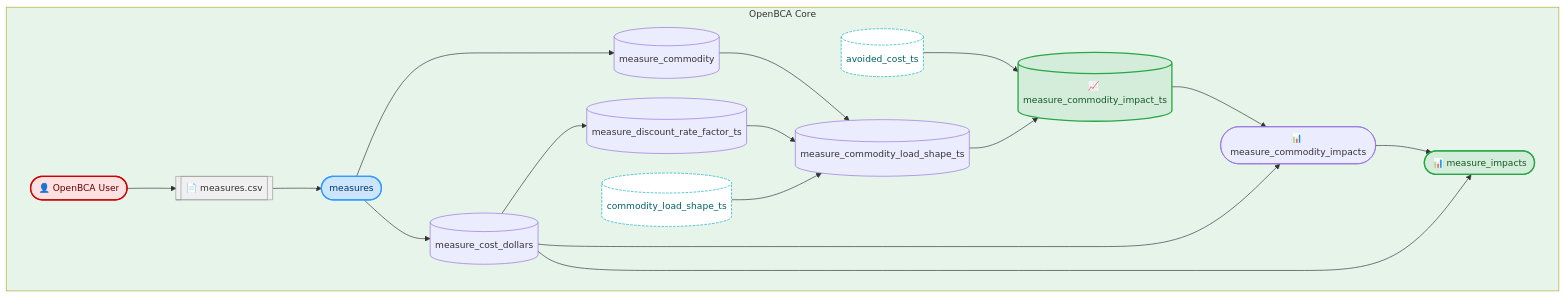
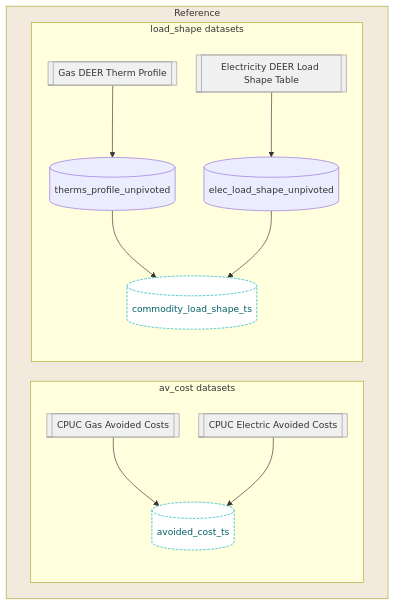
One commit to openbca/openbca changed the second of 6 diagrams in README.md. Above: the diagram before and after it, drawn with Mermaid. The commit also changed other lines of this file and 4 other files, not shown here.

````diff
--- a/README.md
+++ b/README.md
@@ -66,47 +137,38 @@
 ```mermaid
 %%{ init: { "theme": "default", "themeVariables": { "fontSize": "14px" }, "flowchart": { "nodeSpacing": 30, "curve": "basis" } } }%%
 flowchart TD
 
-    %% === OpenBCA Subgraph ===
-    subgraph OpenBCA ["OpenBCA Core"]
-        style OpenBCA fill:#e6f4ea
+    %% === CALIFORNIA Subgraph ===
+    subgraph CALIFORNIA ["Reference"]
+        style CALIFORNIA fill:#F3E9DC
 
-        user(["👤 OpenBCA User"]):::user
-        measure_csv[[📄 measures.csv]]:::fileref
-        measures(["measures"]):::input
+        subgraph CALI_VS ["av_cost datasets"]
+            cal_gas_av_costs[["CPUC Gas Avoided Costs"]]:::fileref
+            cal_elec_av_costs[["CPUC Electric Avoided Costs"]]:::fileref
+            cal_avoided_cost_ts[(avoided_cost_ts)]:::interface
 
-        measure_cost_dollars[(measure_cost_dollars)]:::intermediate
-        measure_discount_rate_factor_ts[(measure_discount_rate_factor_ts)]:::intermediate
-        measure_commodity[(measure_commodity)]:::intermediate
-        measure_commodity_load_shape_ts[(measure_commodity_load_shape_ts)]:::intermediate
-        measure_commodity_impact_ts[(📈 measure_commodity_impact_ts)]:::output
-        measure_commodity_impacts(["📊 measure_commodity_impacts"]):::intermediate
-        measure_impacts(["📊 measure_impacts"]):::output
-        
-        avoided_cost_ts[(avoided_cost_ts)]:::interface
-        commodity_load_shape_ts[(commodity_load_shape_ts)]:::interface
+            cal_gas_av_costs --> cal_avoided_cost_ts
+            cal_elec_av_costs --> cal_avoided_cost_ts
+        end
 
-        user --> measure_csv --> measures
-        measures --> measure_cost_dollars
-        measure_cost_dollars --> measure_discount_rate_factor_ts
-        measures --> measure_commodity
-        measure_commodity --> measure_commodity_load_shape_ts
-        measure_discount_rate_factor_ts --> measure_commodity_load_shape_ts
-        commodity_load_shape_ts --> measure_commodity_load_shape_ts
-        avoided_cost_ts --> measure_commodity_impact_ts
-        measure_commodity_load_shape_ts --> measure_commodity_impact_ts
-        measure_commodity_impact_ts --> measure_commodity_impacts
-        measure_cost_dollars --> measure_commodity_impacts
-        measure_commodity_impacts --> measure_impacts
-        measure_cost_dollars --> measure_impacts
+        subgraph CALI_LS ["load_shape datasets"]
+            cal_therms_profile[[Gas DEER Therm Profile]]:::fileref
+            cal_therms_profile_unpivoted[(therms_profile_unpivoted)]:::intermediate
+            cal_elec_load_shape_unpivoted[(elec_load_shape_unpivoted)]:::intermediate
+            cal_hourly_electric_load[[Electricity DEER Load Shape Table]]:::fileref
+            cal_commodity_load_shape_ts[(commodity_load_shape_ts)]:::interface
+
+            cal_therms_profile --> cal_therms_profile_unpivoted --> cal_commodity_load_shape_ts
+            cal_hourly_electric_load --> cal_elec_load_shape_unpivoted --> cal_commodity_load_shape_ts
+        end
     end
 
     %% === CLASS DEFINITIONS ===
     classDef input fill:#cce5ff,stroke:#3399ff,color:#003366,stroke-width:2px;
     %%classDef intermediate 
     classDef output fill:#d4edda,stroke:#28a745,color:#155724,stroke-width:2px;
     classDef interface fill:#ffffff,stroke:#00acc1,color:#006064,stroke-dasharray: 4 2;
     classDef fileref fill:#f0f0f0,stroke:#999999,color:#333,stroke-width:1px;
     classDef user fill:#ffe0e0,stroke:#cc0000,color:#660000,stroke-width:2px;
 
 ```
````
